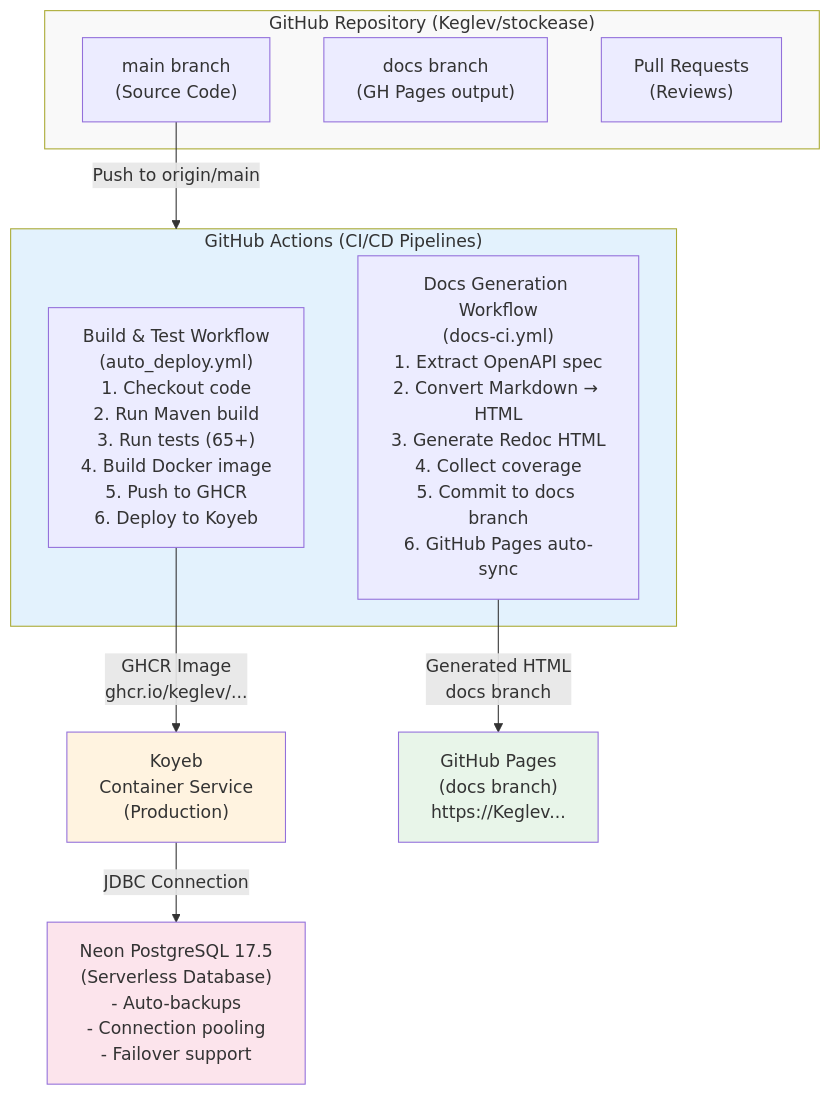
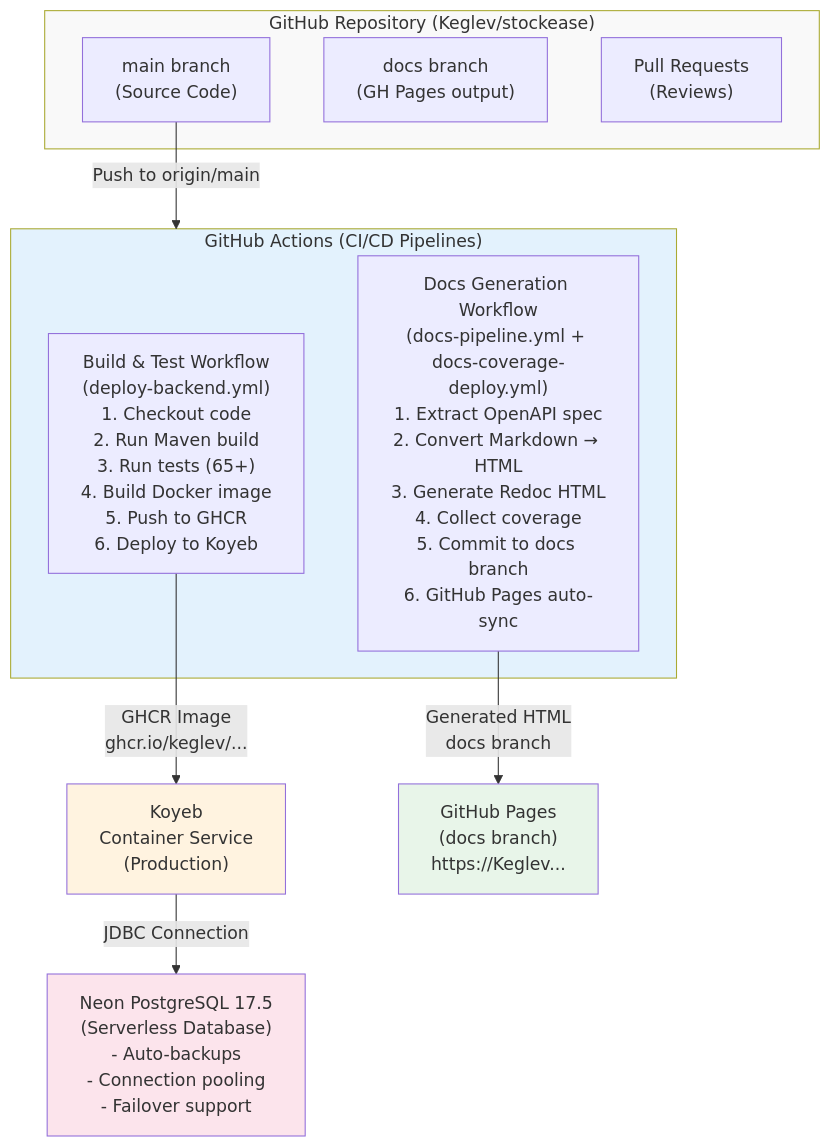
One commit to Keglev/stockease changed the first of 6 diagrams in docs/architecture/deployment.md. Above: the diagram before and after it, drawn with Mermaid. The commit also changed other lines of this file and 4 other files, not shown here.

````diff
--- a/docs/architecture/deployment.md
+++ b/docs/architecture/deployment.md
@@ -5,31 +5,31 @@
 ```mermaid
 graph TB
     subgraph GitHub["GitHub Repository (Keglev/stockease)"]
         MainBranch["main branch<br/>(Source Code)"]
         DocsBranch["docs branch<br/>(GH Pages output)"]
         PRs["Pull Requests<br/>(Reviews)"]
     end
     
     MainBranch -->|Push to origin/main| Actions
     
     subgraph Actions["GitHub Actions (CI/CD Pipelines)"]
-        Build["Build & Test Workflow<br/>(auto_deploy.yml)<br/>1. Checkout code<br/>2. Run Maven build<br/>3. Run tests (65+)<br/>4. Build Docker image<br/>5. Push to GHCR<br/>6. Deploy to Koyeb"]
-        Docs["Docs Generation Workflow<br/>(docs-ci.yml)<br/>1. Extract OpenAPI spec<br/>2. Convert Markdown → HTML<br/>3. Generate Redoc HTML<br/>4. Collect coverage<br/>5. Commit to docs branch<br/>6. GitHub Pages auto-sync"]
+  Build["Build & Test Workflow<br/>(deploy-backend.yml)<br/>1. Checkout code<br/>2. Run Maven build<br/>3. Run tests (65+)<br/>4. Build Docker image<br/>5. Push to GHCR<br/>6. Deploy to Koyeb"]
+  Docs["Docs Generation Workflow<br/>(docs-pipeline.yml + docs-coverage-deploy.yml)<br/>1. Extract OpenAPI spec<br/>2. Convert Markdown → HTML<br/>3. Generate Redoc HTML<br/>4. Collect coverage<br/>5. Commit to docs branch<br/>6. GitHub Pages auto-sync"]
     end
     
     Build -->|GHCR Image<br/>ghcr.io/keglev/...| Koyeb
     Docs -->|Generated HTML<br/>docs branch| Pages
     
     Koyeb["Koyeb<br/>Container Service<br/>(Production)"]
     Pages["GitHub Pages<br/>(docs branch)<br/>https://Keglev..."]
     
     Koyeb -->|JDBC Connection| Neon
     
     Neon["Neon PostgreSQL 17.5<br/>(Serverless Database)<br/>- Auto-backups<br/>- Connection pooling<br/>- Failover support"]
     
     style GitHub fill:#f9f9f9
     style Actions fill:#e3f2fd
     style Koyeb fill:#fff3e0
     style Pages fill:#e8f5e9
     style Neon fill:#fce4ec
 ```
````
